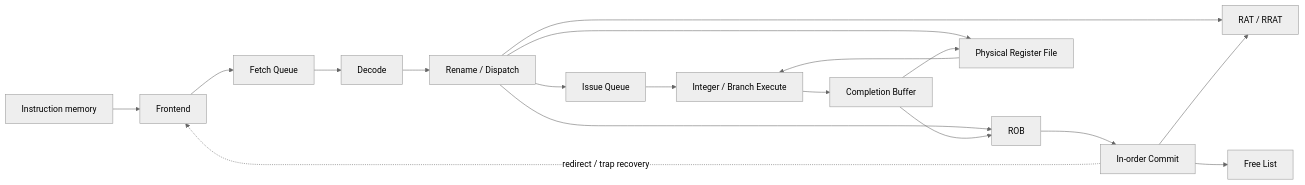
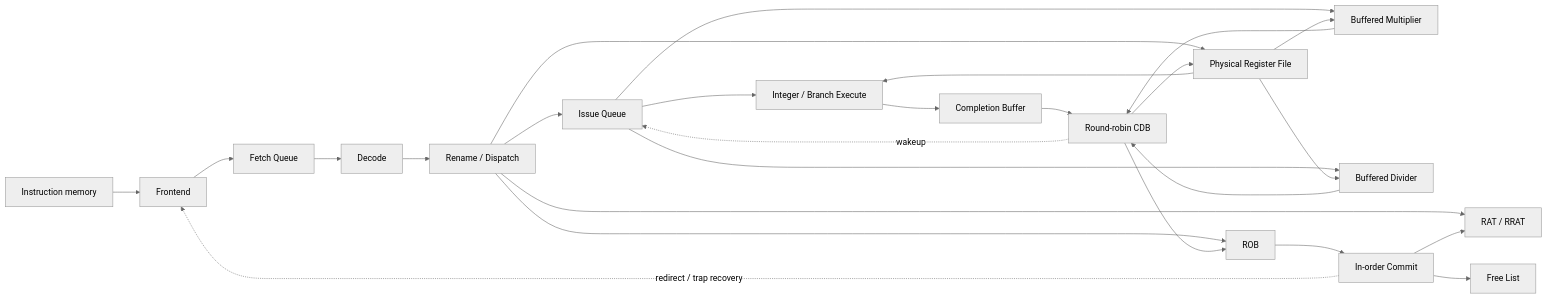
The diagram in docs/design/rv32-ooo-core.md (JustinYYZ/rv32im-research-core), drawn with Mermaid (neutral theme) before and after one commit. The commit also changed other lines of this file and 8 other files, not shown here.

````diff
--- a/docs/design/rv32-ooo-core.md
+++ b/docs/design/rv32-ooo-core.md
@@ -33,20 +33,28 @@
 ```mermaid
 flowchart LR
     IMEM[Instruction memory] --> FE[Frontend]
     FE --> FQ[Fetch Queue]
     FQ --> DEC[Decode]
     DEC --> REN[Rename / Dispatch]
     REN --> ROB[ROB]
     REN --> IQ[Issue Queue]
     REN --> RAT[RAT / RRAT]
     REN --> PRF[Physical Register File]
     IQ --> EX[Integer / Branch Execute]
+    IQ --> MUL[Buffered Multiplier]
+    IQ --> DIV[Buffered Divider]
     PRF --> EX
+    PRF --> MUL
+    PRF --> DIV
     EX --> CB[Completion Buffer]
-    CB --> PRF
-    CB --> ROB
+    CB --> CDB[Round-robin CDB]
+    MUL --> CDB
+    DIV --> CDB
+    CDB --> PRF
+    CDB --> ROB
+    CDB -. wakeup .-> IQ
     ROB --> COMMIT[In-order Commit]
     COMMIT --> RAT
     COMMIT --> FL[Free List]
     COMMIT -. redirect / trap recovery .-> FE
 ```
````
